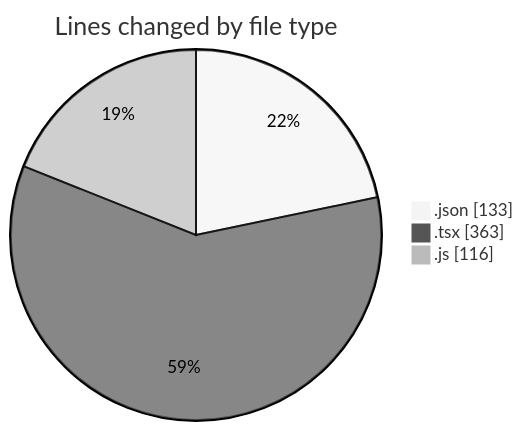
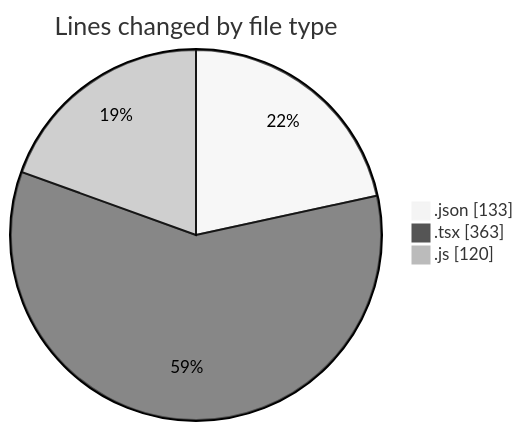
Before and after one commit to momahboobian/code-tracking: the first of 2 diagrams in 2026-01-14/cda/README.md, drawn with Mermaid (neutral theme). The commit also changed other lines of this file and 1 other file, not shown here.

````diff
--- a/2026-01-14/cda/README.md
+++ b/2026-01-14/cda/README.md
@@ -25,7 +25,7 @@
 ```mermaid
 pie showData
 title Lines changed by file type
 ".json" : 133
 ".tsx" : 363
-".js" : 116
+".js" : 120
 ```
````
